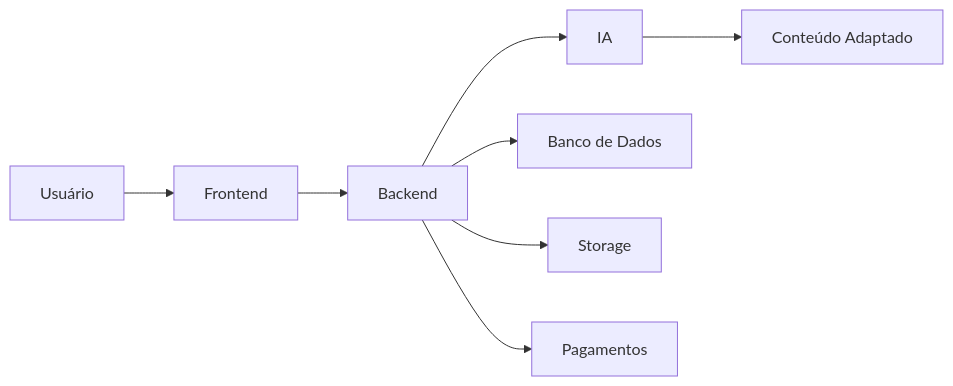
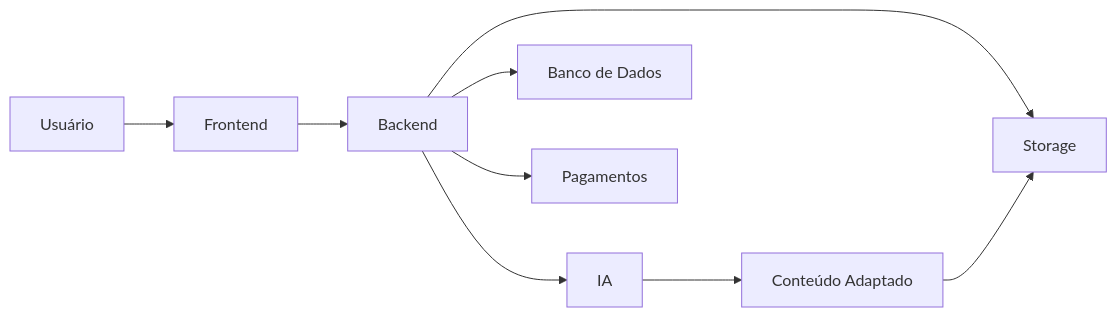
One commit to Gustavogomessk/spectrum changed the diagram in README.md. Above: the diagram before and after it, drawn with Mermaid.

Commit message:
AJUSTES FINAIS ENTREGA README 4

````diff
--- a/README.md
+++ b/README.md
@@ -132,10 +132,10 @@
 ```mermaid
 graph LR
   A[Usuário] --> B[Frontend]
   B --> C[Backend]
   C --> D[IA]
   C --> E[Banco de Dados]
   C --> F[Storage]
   C --> G[Pagamentos]
-  D --> H[Conteúdo Adaptado]
+  D --> H[Conteúdo Adaptado] --> F
 ```
````
